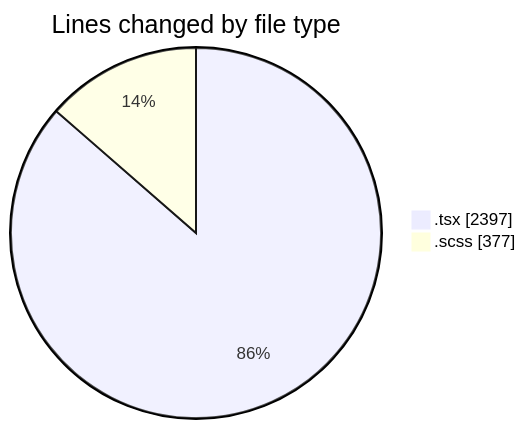
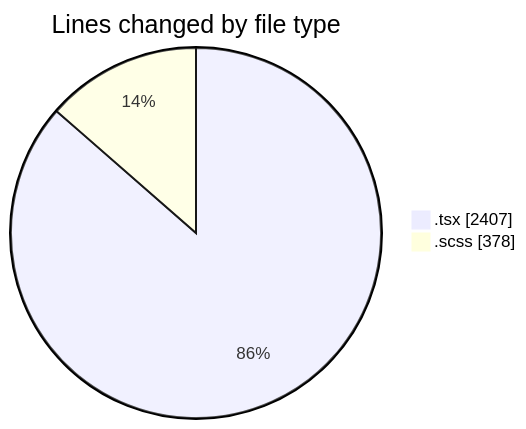
Before and after one commit to momahboobian/code-tracking: the first of 2 diagrams in 2025-09-30/cda/README.md, drawn with Mermaid. The commit also changed other lines of this file and 1 other file, not shown here.

````diff
--- a/2025-09-30/cda/README.md
+++ b/2025-09-30/cda/README.md
@@ -23,6 +23,6 @@
 ```mermaid
 pie showData
 title Lines changed by file type
-".tsx" : 2397
-".scss" : 377
+".tsx" : 2407
+".scss" : 378
 ```
````
